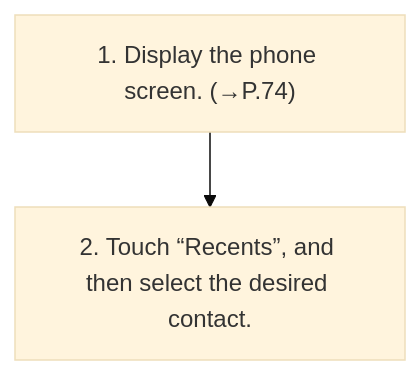
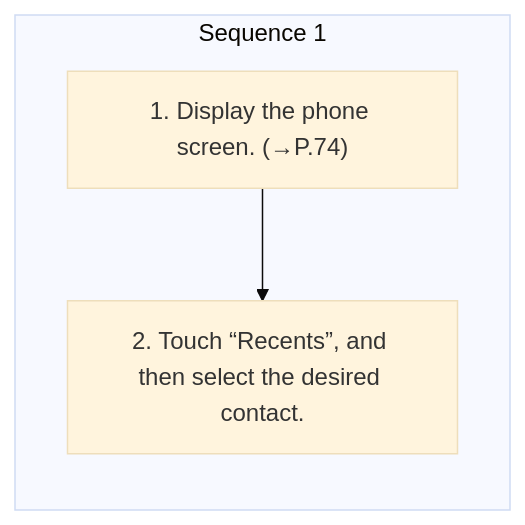
Before and after one commit to Chieko-Y/my-spec-generator: the diagram in workspace/subaru/outback-2026/ivi/published/phone/8-by-recent-calls-list.md, drawn with Mermaid (base theme). The commit also changed other lines of this file and 268 other files, not shown here.

````diff
--- a/workspace/subaru/outback-2026/ivi/published/phone/8-by-recent-calls-list.md
+++ b/workspace/subaru/outback-2026/ivi/published/phone/8-by-recent-calls-list.md
@@ -14,6 +14,9 @@
 ```mermaid
 flowchart TD
-    S1["1. Display the phone screen. (→P.74)"]
-    S2["2. Touch “Recents”, and then select the desired contact."]
-    S1 --> S2
+    subgraph SEQ1["Sequence 1"]
+    direction TB
+    S1_1["1. Display the phone screen. (→P.74)"]
+    S1_2["2. Touch “Recents”, and then select the desired contact."]
+    S1_1 --> S1_2
+    end
 ```
````
